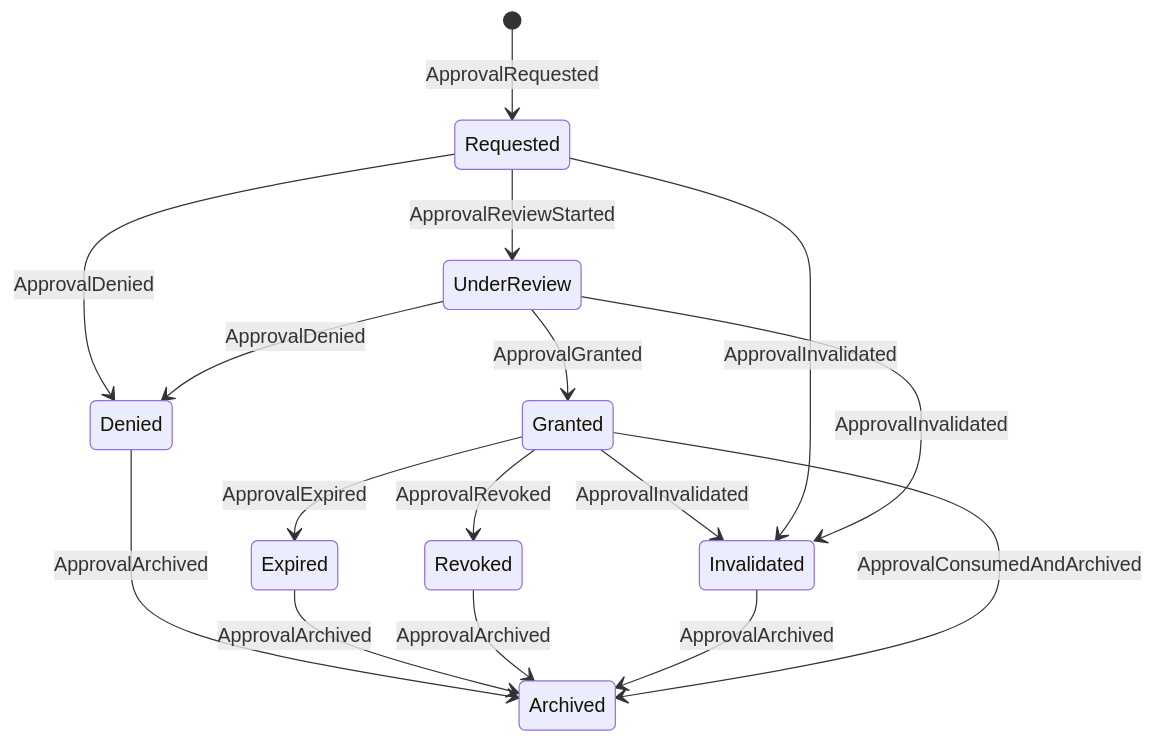
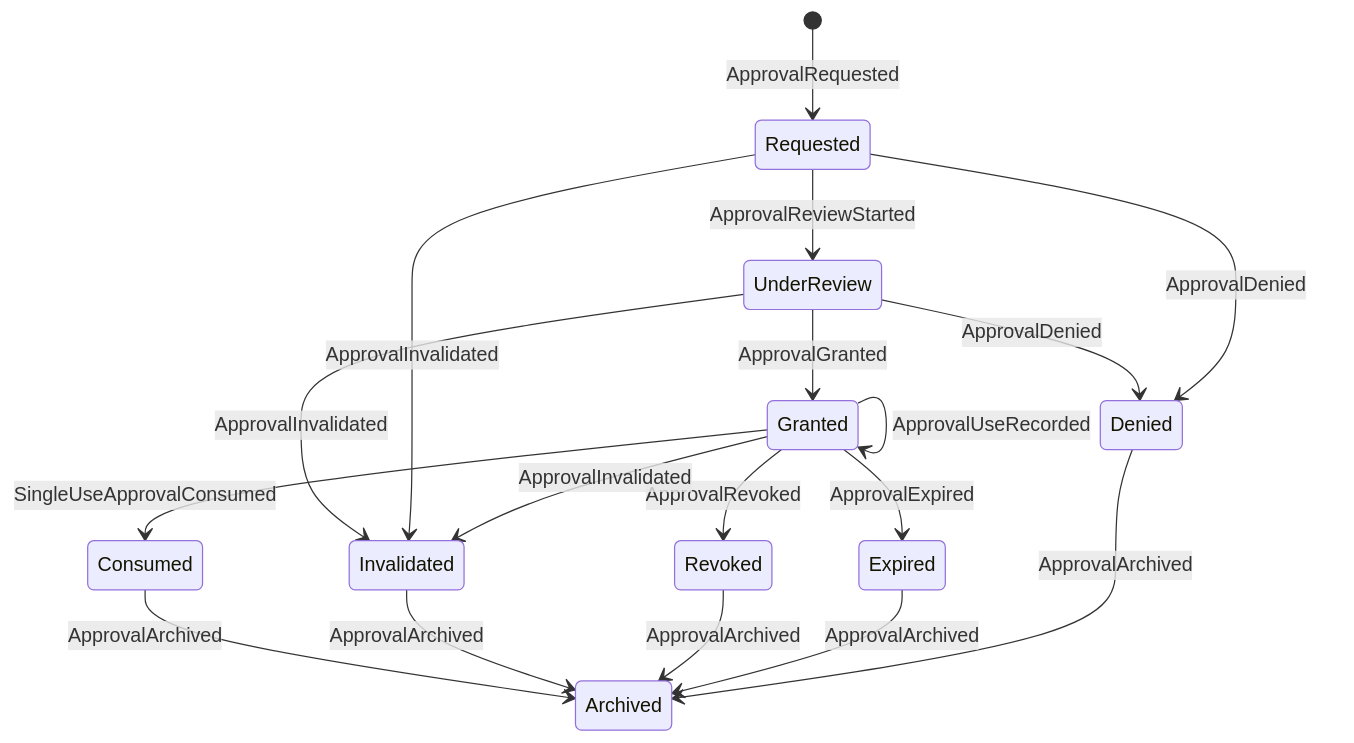
The sixth of 10 diagrams in docs/specifications/LIFECYCLES.md (richard-brash/aios), drawn with Mermaid before and after one commit. The commit also changed other lines of this file and 5 other files, not shown here.

Commit message:
Refine executable ontology contracts after architectural review

````diff
--- a/docs/specifications/LIFECYCLES.md
+++ b/docs/specifications/LIFECYCLES.md
@@ -152,18 +154,20 @@
 ```mermaid
 stateDiagram-v2
     [*] --> Requested: ApprovalRequested
     Requested --> UnderReview: ApprovalReviewStarted
     Requested --> Denied: ApprovalDenied
     UnderReview --> Granted: ApprovalGranted
     UnderReview --> Denied: ApprovalDenied
     Granted --> Expired: ApprovalExpired
     Granted --> Revoked: ApprovalRevoked
     Granted --> Invalidated: ApprovalInvalidated
+    Granted --> Granted: ApprovalUseRecorded
     Requested --> Invalidated: ApprovalInvalidated
     UnderReview --> Invalidated: ApprovalInvalidated
     Denied --> Archived: ApprovalArchived
     Expired --> Archived: ApprovalArchived
     Revoked --> Archived: ApprovalArchived
     Invalidated --> Archived: ApprovalArchived
-    Granted --> Archived: ApprovalConsumedAndArchived
+    Granted --> Consumed: SingleUseApprovalConsumed
+    Consumed --> Archived: ApprovalArchived
 ```
````
